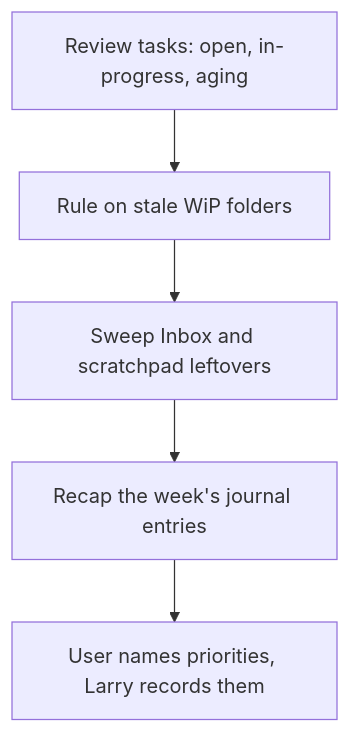
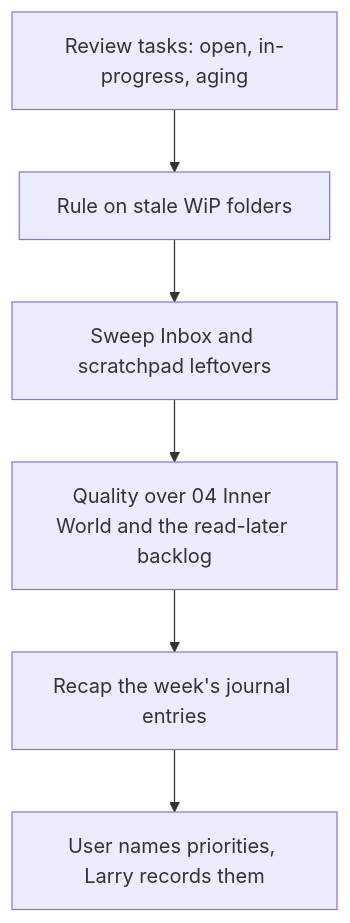
The diagram in 06 AI Team/AI Team Knowledge/Workstreams/WS-1002-weekly-review.md (TomSolid/icor-for-life-scaffold), drawn with Mermaid before and after one commit. The commit also changed other lines of this file and 54 other files, not shown here.

````diff
--- a/06 AI Team/AI Team Knowledge/Workstreams/WS-1002-weekly-review.md
+++ b/06 AI Team/AI Team Knowledge/Workstreams/WS-1002-weekly-review.md
@@ -15,7 +15,8 @@
 ```mermaid
 flowchart TD
     A["Review tasks: open, in-progress, aging"] --> B["Rule on stale WiP folders"]
     B --> C["Sweep Inbox and scratchpad leftovers"]
-    C --> D["Recap the week's journal entries"]
-    D --> E["User names priorities, Larry records them"]
+    C --> D["Quality over 04 Inner World and the read-later backlog"]
+    D --> E["Recap the week's journal entries"]
+    E --> F["User names priorities, Larry records them"]
 ```
````
